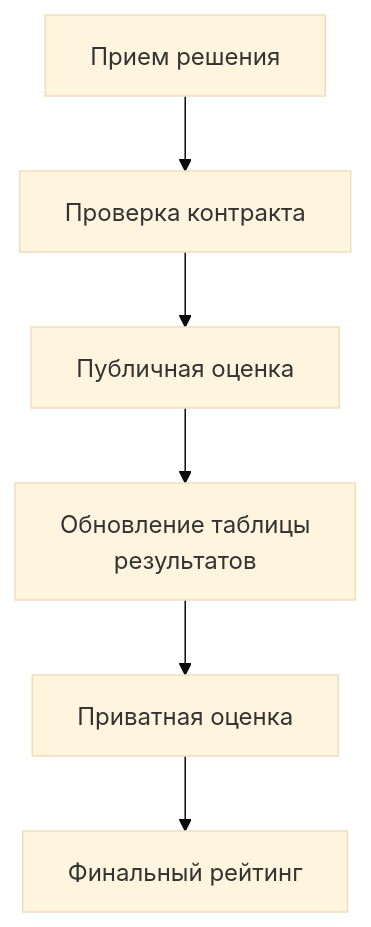
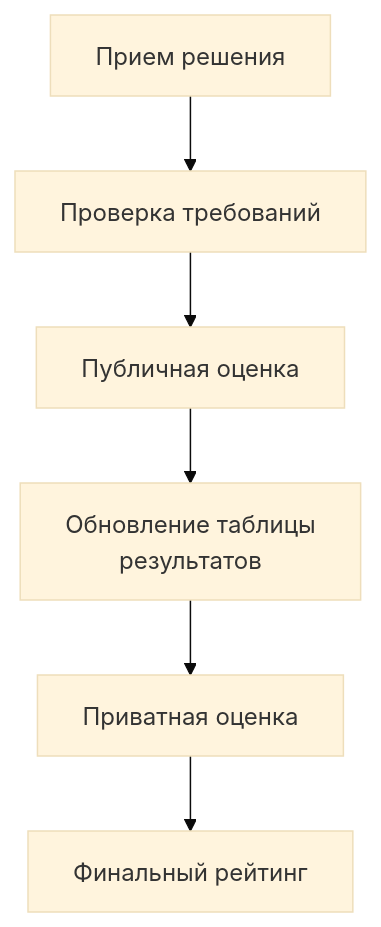
Before and after one commit to denis-samatov/geomodel-compression-hackathon: the diagram in docs/evaluation.md, drawn with Mermaid (base theme). The commit also changed other lines of this file and 22 other files, not shown here.

````diff
--- a/docs/evaluation.md
+++ b/docs/evaluation.md
@@ -14,8 +14,8 @@
 ```mermaid
 flowchart TD
-    A["Прием решения"] --> B["Проверка контракта"]
+    A["Прием решения"] --> B["Проверка требований"]
     B --> C["Публичная оценка"]
     C --> D["Обновление таблицы <br/> результатов"]
     D --> E["Приватная оценка"]
     E --> F["Финальный рейтинг"]
 ```
````
